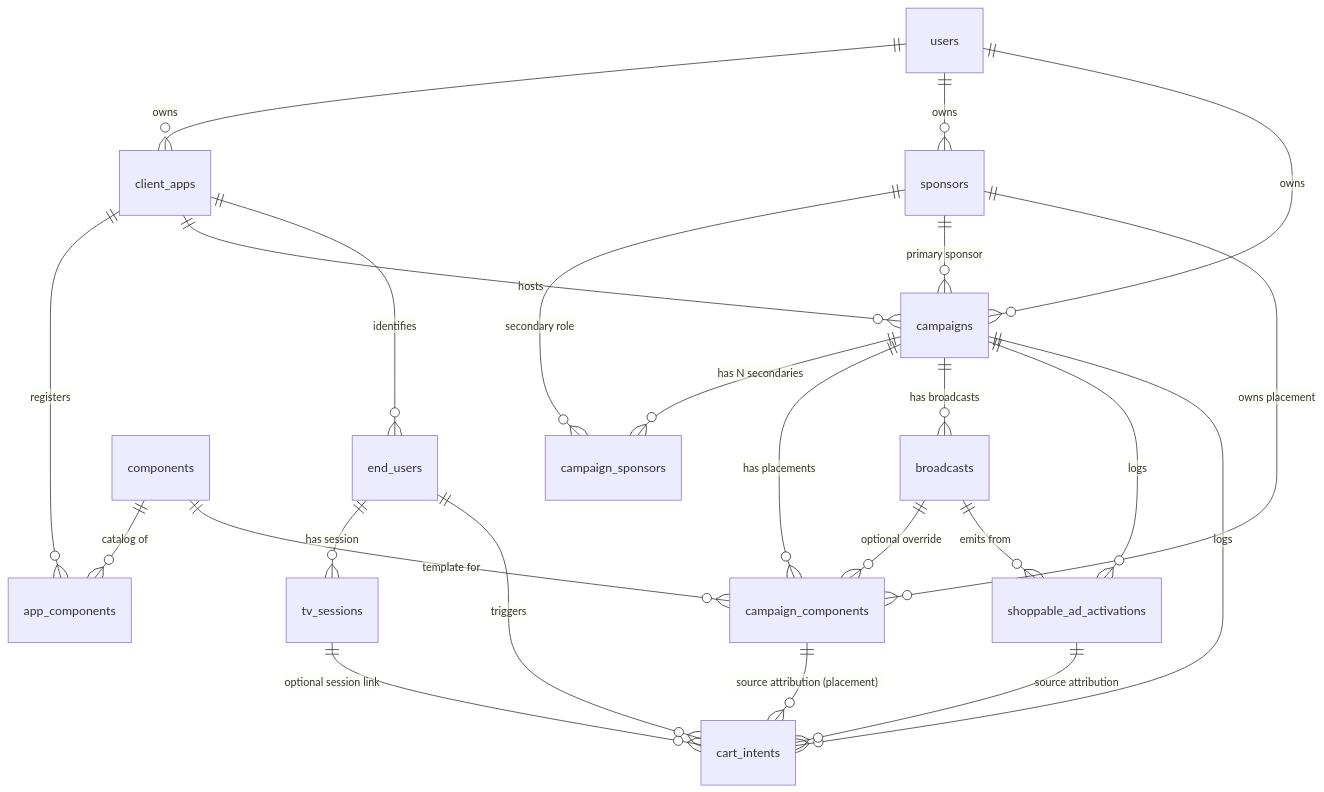
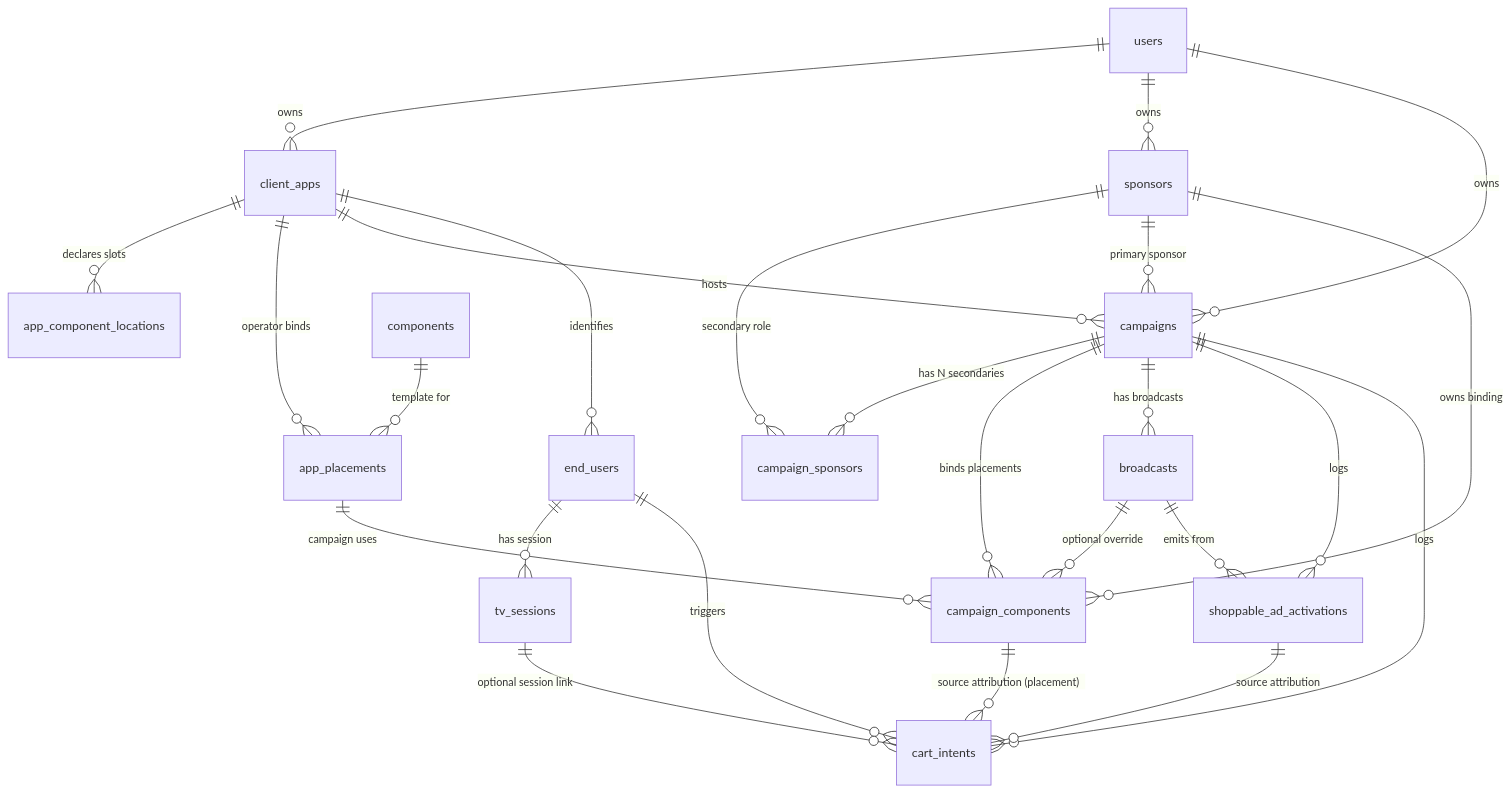
Before and after one commit to tipiodevelopment/socket-server: the diagram in docs/DB_AND_ENDPOINTS.md, drawn with Mermaid. The commit also changed other lines of this file and 2 other files, not shown here.

````diff
--- a/docs/DB_AND_ENDPOINTS.md
+++ b/docs/DB_AND_ENDPOINTS.md
@@ -77,33 +89,35 @@
 ```mermaid
 erDiagram
     users ||--o{ client_apps : owns
     users ||--o{ sponsors : owns
     users ||--o{ campaigns : owns
 
-    client_apps ||--o{ app_components : registers
+    client_apps ||--o{ app_component_locations : "declares slots"
+    client_apps ||--o{ app_placements : "operator binds"
     client_apps ||--o{ campaigns : hosts
     client_apps ||--o{ end_users : identifies
 
-    components ||--o{ app_components : "catalog of"
-    components ||--o{ campaign_components : "template for"
+    components ||--o{ app_placements : "template for"
 
     sponsors ||--o{ campaign_sponsors : "secondary role"
     sponsors ||--o{ campaigns : "primary sponsor"
-    sponsors ||--o{ campaign_components : "owns placement"
+    sponsors ||--o{ campaign_components : "owns binding"
+
+    app_placements ||--o{ campaign_components : "campaign uses"
 
     campaigns ||--o{ campaign_sponsors : "has N secondaries"
-    campaigns ||--o{ campaign_components : "has placements"
+    campaigns ||--o{ campaign_components : "binds placements"
     campaigns ||--o{ broadcasts : "has broadcasts"
     campaigns ||--o{ shoppable_ad_activations : "logs"
     campaigns ||--o{ cart_intents : "logs"
 
     broadcasts ||--o{ campaign_components : "optional override"
     broadcasts ||--o{ shoppable_ad_activations : "emits from"
 
     end_users ||--o{ tv_sessions : "has session"
     end_users ||--o{ cart_intents : "triggers"
 
     shoppable_ad_activations ||--o{ cart_intents : "source attribution"
     campaign_components ||--o{ cart_intents : "source attribution (placement)"
     tv_sessions ||--o{ cart_intents : "optional session link"
 ```
````
